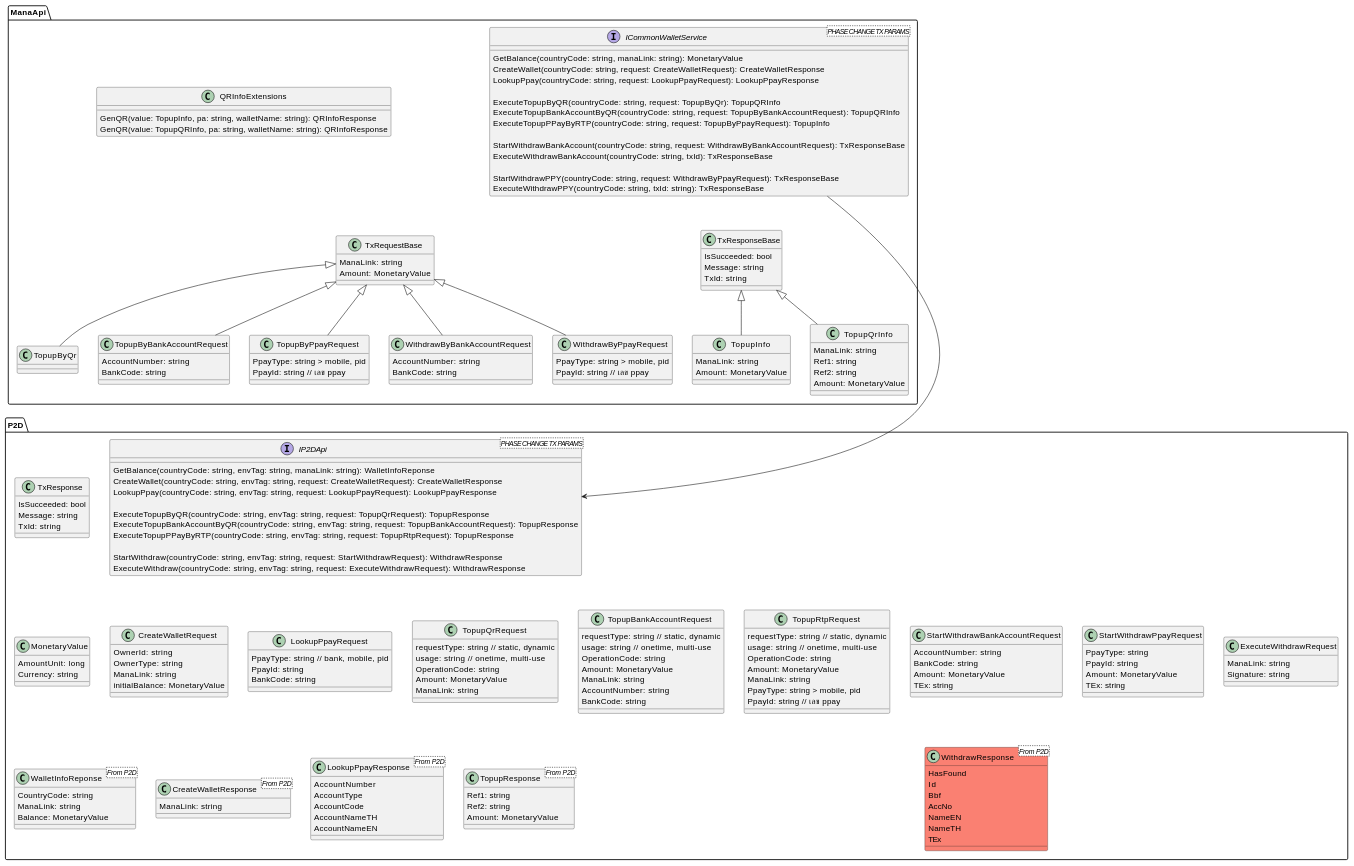
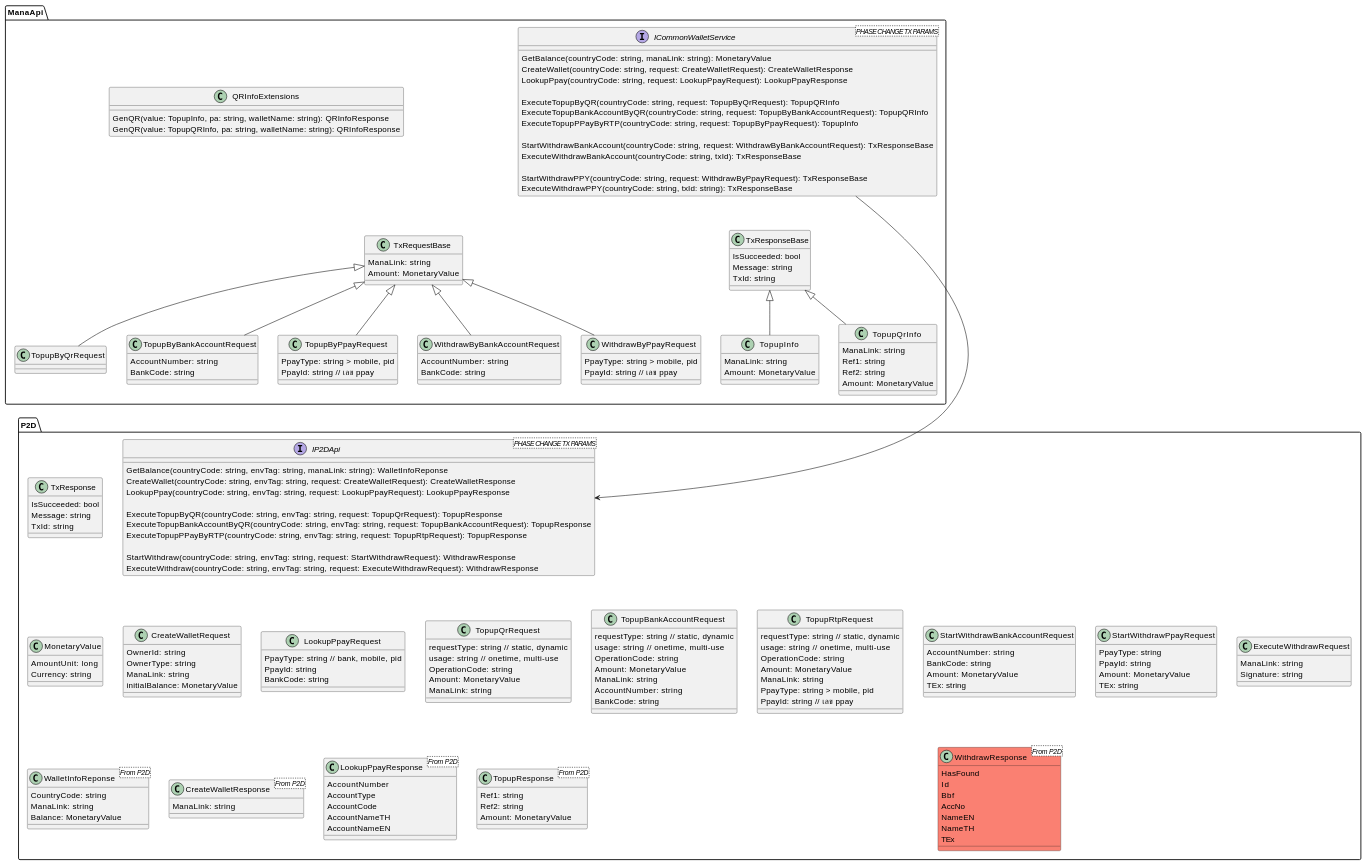
One commit to BugLordTO/cart-ideas changed the second of 2 diagrams in financial-params/financial-interface-tx-params.md. Above: the diagram before and after it, drawn with PlantUML. The commit also changed other lines of this file and 10 other files, not shown here.

```diff
--- a/financial-params/financial-interface-tx-params.md
+++ b/financial-params/financial-interface-tx-params.md
@@ -213,7 +213,7 @@
         CreateWallet(countryCode: string, request: CreateWalletRequest): CreateWalletResponse
         LookupPpay(countryCode: string, request: LookupPpayRequest): LookupPpayResponse
 
-        ExecuteTopupByQR(countryCode: string, request: TopupByQr): TopupQRInfo
+        ExecuteTopupByQR(countryCode: string, request: TopupByQrRequest): TopupQRInfo
         ExecuteTopupBankAccountByQR(countryCode: string, request: TopupByBankAccountRequest): TopupQRInfo
         ExecuteTopupPPayByRTP(countryCode: string, request: TopupByPpayRequest): TopupInfo
 
@@ -230,7 +230,7 @@
     }
     ICommonWalletService .[hidden].> TxRequestBase
 
-    class TopupByQr extends TxRequestBase {
+    class TopupByQrRequest extends TxRequestBase {
     }
 
     class TopupByBankAccountRequest extends TxRequestBase {
@@ -292,7 +292,7 @@
         StartWithdraw(countryCode: string, envTag: string, request: StartWithdrawRequest): WithdrawResponse
         ExecuteWithdraw(countryCode: string, envTag: string, request: ExecuteWithdrawRequest): WithdrawResponse
     }
-    TopupByQr -[hidden]d-> IP2DApi
+    TopupByQrRequest -[hidden]d-> IP2DApi
     ICommonWalletService -d---> IP2DApi
     
     class TxResponse {
```
